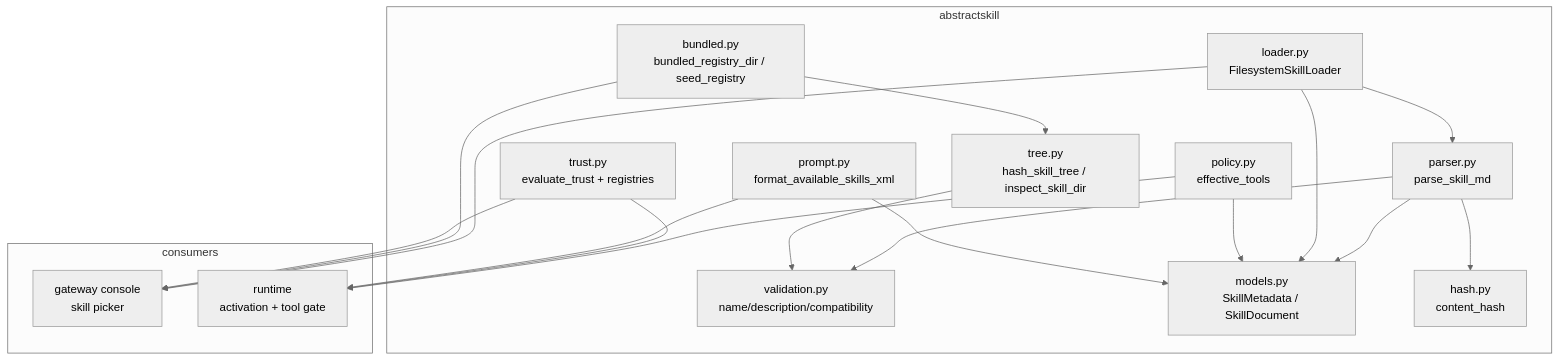
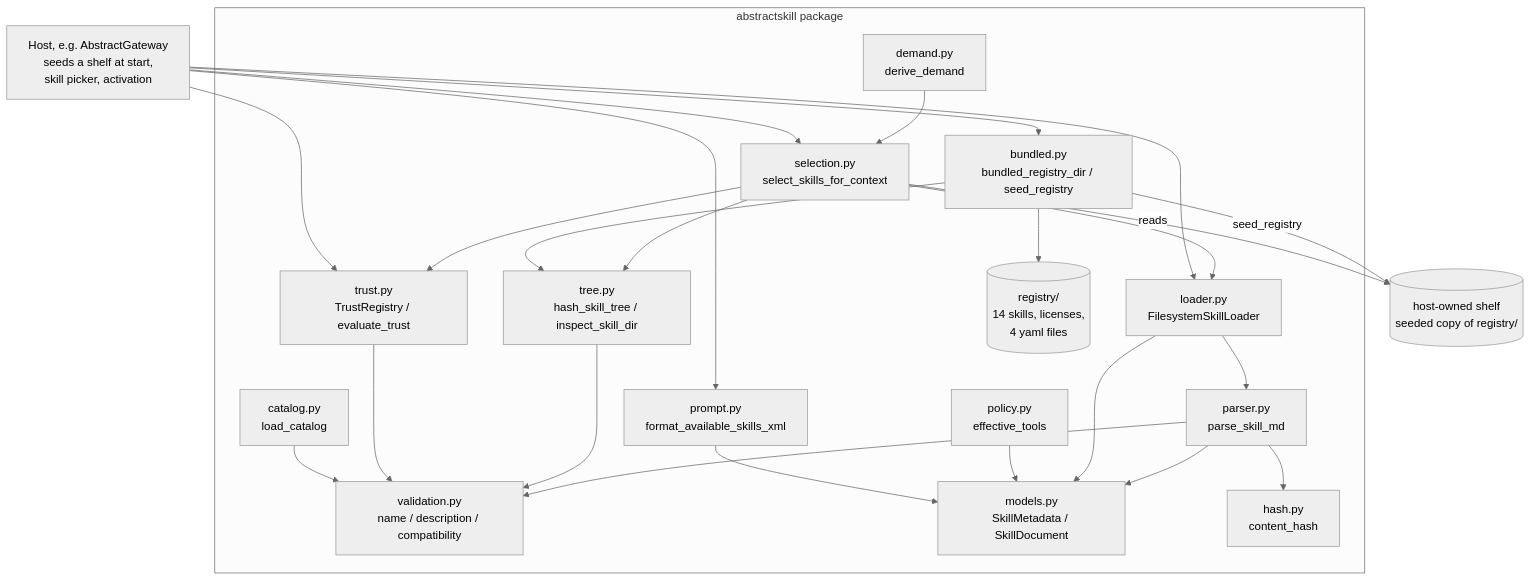
The first of 4 diagrams in docs/architecture.md (lpalbou/AbstractSkill), drawn with Mermaid (neutral theme) before and after one commit. The commit also changed other lines of this file and 18 other files, not shown here.

````diff
--- a/docs/architecture.md
+++ b/docs/architecture.md
@@ -10,37 +15,47 @@
 ```mermaid
 graph TD
-    subgraph abstractskill
+    subgraph pkg[abstractskill package]
         parser[parser.py<br/>parse_skill_md]
-        validation[validation.py<br/>name/description/compatibility]
+        validation[validation.py<br/>name / description / compatibility]
         models[models.py<br/>SkillMetadata / SkillDocument]
+        hash[hash.py<br/>content_hash]
         loader[loader.py<br/>FilesystemSkillLoader]
-        hash[hash.py<br/>content_hash]
         tree[tree.py<br/>hash_skill_tree / inspect_skill_dir]
+        trust[trust.py<br/>TrustRegistry / evaluate_trust]
+        selection[selection.py<br/>select_skills_for_context]
         prompt[prompt.py<br/>format_available_skills_xml]
         policy[policy.py<br/>effective_tools]
-        trust[trust.py<br/>evaluate_trust + registries]
+        demand[demand.py<br/>derive_demand]
+        catalog[catalog.py<br/>load_catalog]
         bundled[bundled.py<br/>bundled_registry_dir / seed_registry]
+        registry[(registry/<br/>14 skills, licenses,<br/>4 yaml files)]
     end
 
     parser --> validation
     parser --> models
     parser --> hash
     loader --> parser
     loader --> models
     tree --> validation
+    trust --> validation
+    catalog --> validation
+    selection --> loader
+    selection --> tree
+    selection --> trust
+    demand --> selection
     policy --> models
     prompt --> models
     bundled --> tree
+    bundled --> registry
 
-    subgraph consumers
-        console[gateway console<br/>skill picker]
-        runtime[runtime<br/>activation + tool gate]
-    end
+    host[Host, e.g. AbstractGateway<br/>seeds a shelf at start,<br/>skill picker, activation]
+    shelf[(host-owned shelf<br/>seeded copy of registry/)]
 
-    loader --> console
-    bundled --> console
-    trust --> console
-    policy --> runtime
-    trust --> runtime
-    prompt --> runtime
+    host --> bundled
+    bundled -->|seed_registry| shelf
+    host --> selection
+    selection -->|reads| shelf
+    host --> prompt
+    host --> loader
+    host --> trust
 ```
````
